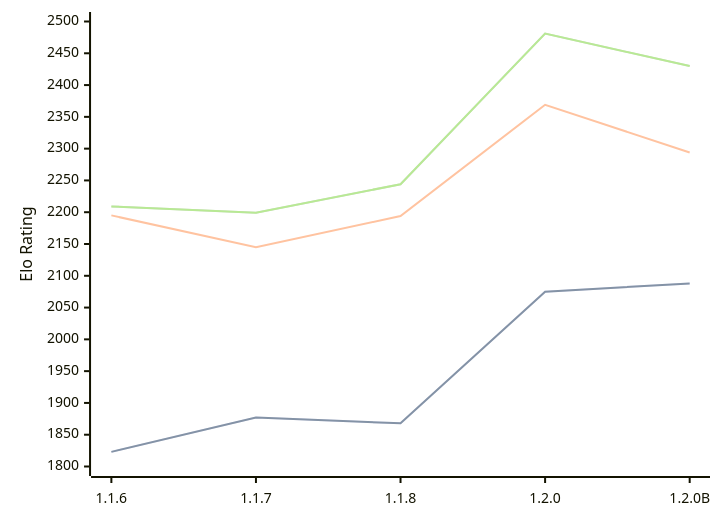
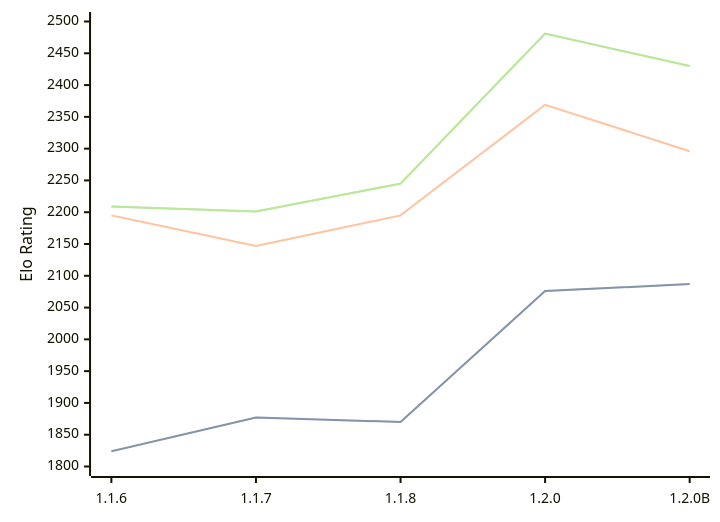
The diagram in engines/Soomi.md (computer-chess-index/cci), drawn with Mermaid before and after one commit. The commit also changed other lines of this file, not shown here.

Commit message:
Update CCI Ratings (ELO VLTC) - 2026-05-17

````diff
--- a/engines/Soomi.md
+++ b/engines/Soomi.md
@@ -35,11 +35,11 @@
 ```mermaid
 %%{init: {"theme":"base","themeVariables":{"seriesColors:['#a3a3a3','#222221','#faa371']}}}%%
 xychart-beta
   x-axis ["1.1.6", "1.1.7", "1.1.8", "1.2.0", "1.2.0B"]
   y-axis "Elo Rating" 1800 --> 2500
-  line "STC (8.0+0.08s)" [1823, 1877, 1868, 2075, 2088]
-  line "STC (8.0+0.08s)" [1823, 1877, 1868, 2075, 2088]
-  line "LTC (60.0+0.60s)" [2195, 2145, 2194, 2369, 2294]
-  line "VLTC (2m24s+1.12s)" [2209, 2199, 2244, 2481, 2430]
-  line "VLTC (2m24s+1.12s)" [2209, 2199, 2244, 2481, 2430]
+  line "STC (8.0+0.08s)" [1824, 1877, 1870, 2076, 2087]
+  line "STC (8.0+0.08s)" [1824, 1877, 1870, 2076, 2087]
+  line "LTC (60.0+0.60s)" [2195, 2147, 2195, 2369, 2296]
+  line "VLTC (2m24s+1.12s)" [2209, 2201, 2245, 2481, 2430]
+  line "VLTC (2m24s+1.12s)" [2209, 2201, 2245, 2481, 2430]
 ```
````
